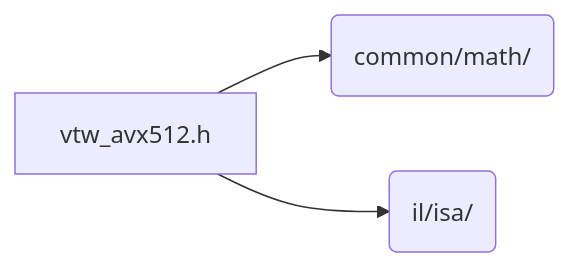
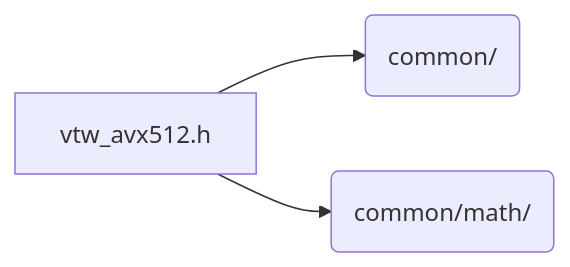
One commit to Tugbars/VectorFFT changed the diagram in docs/architecture/generated/folders/il__isa__avx512.md. Above: the diagram before and after it, drawn with Mermaid. The commit also changed 98 other files, not shown here.

Commit message:
regenerated architecture drawings

````diff
--- a/docs/architecture/generated/folders/il__isa__avx512.md
+++ b/docs/architecture/generated/folders/il__isa__avx512.md
@@ -10,8 +10,8 @@
 ```mermaid
 flowchart LR
     n_il_isa_avx512_vtw_avx512_h["vtw_avx512.h"]
+    n_dir_common("common/")
     n_dir_common_math("common/math/")
-    n_dir_il_isa("il/isa/")
+    n_il_isa_avx512_vtw_avx512_h --> n_dir_common
     n_il_isa_avx512_vtw_avx512_h --> n_dir_common_math
-    n_il_isa_avx512_vtw_avx512_h --> n_dir_il_isa
 ```
````
